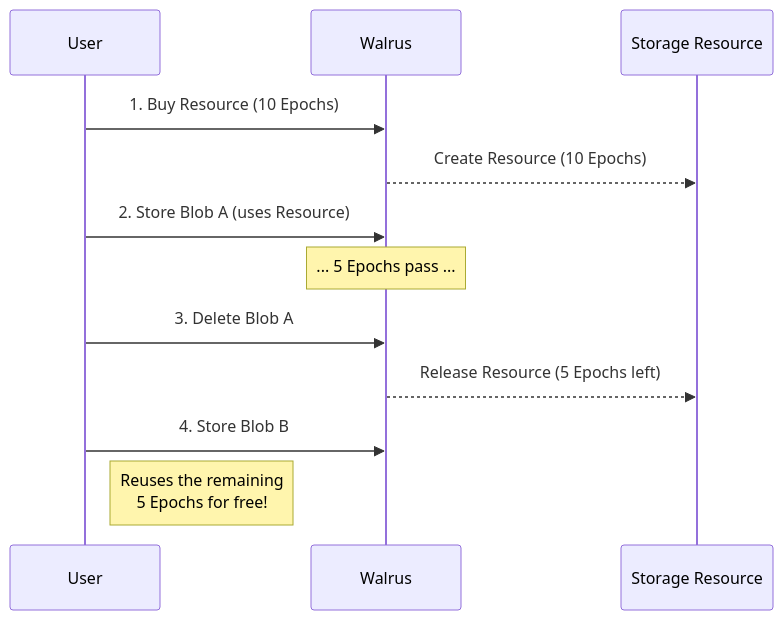
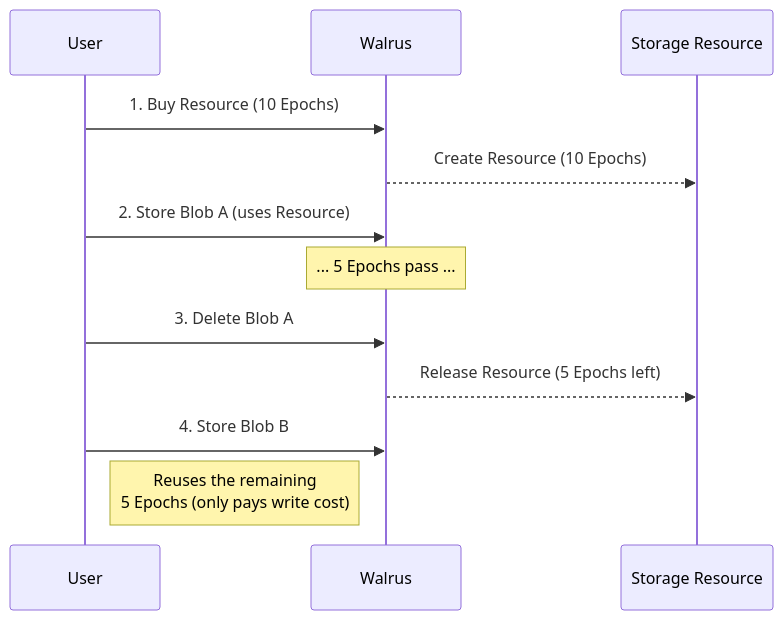
The diagram in Day one/module_5/contents/storage-duration.md (MystenLabs/Walrus-Onboarding), drawn with Mermaid before and after one commit. The commit also changed other lines of this file and 4 other files, not shown here.

````diff
--- a/Day one/module_5/contents/storage-duration.md
+++ b/Day one/module_5/contents/storage-duration.md
@@ -98,15 +98,15 @@
 ```mermaid
 sequenceDiagram
     participant User
     participant Walrus
     participant Resource as Storage Resource
 
     User->>Walrus: 1. Buy Resource (10 Epochs)
     Walrus-->>Resource: Create Resource (10 Epochs)
     User->>Walrus: 2. Store Blob A (uses Resource)
     Note over Walrus: ... 5 Epochs pass ...
     User->>Walrus: 3. Delete Blob A
     Walrus-->>Resource: Release Resource (5 Epochs left)
     User->>Walrus: 4. Store Blob B
-    Note right of User: Reuses the remaining<br/>5 Epochs for free!
+    Note right of User: Reuses the remaining<br/>5 Epochs (only pays write cost)
 ```
````
